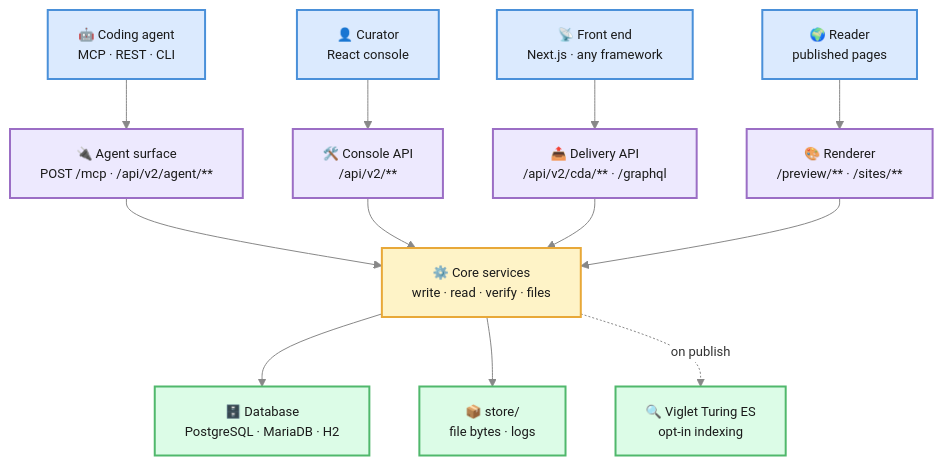
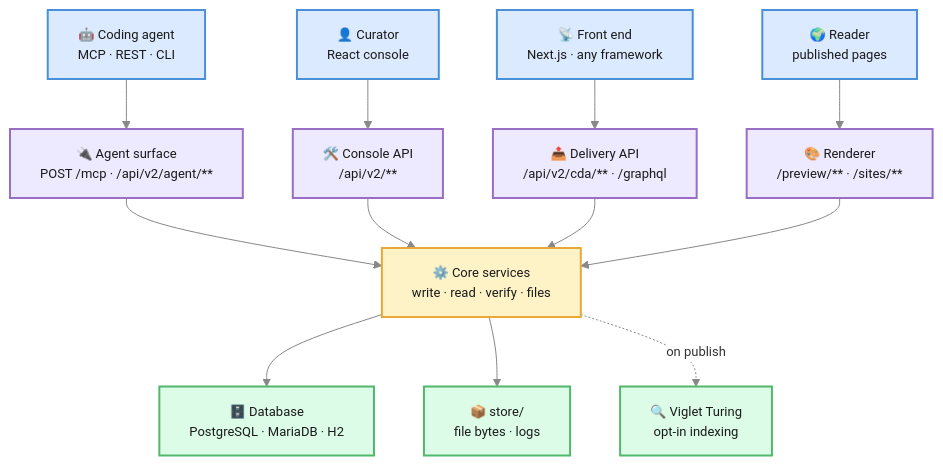
One commit to openviglet/docs changed the diagram in diagrams/shio-architecture.mmd. Above: the diagram before and after it, drawn with Mermaid. The commit also changed 157 other files, not shown here.

```diff
--- a/diagrams/shio-architecture.mmd
+++ b/diagrams/shio-architecture.mmd
@@ -1,41 +1,41 @@
 %%{init: {'theme': 'base', 'themeVariables': {'fontSize': '13px', 'primaryColor': '#fff', 'primaryBorderColor': '#c0c0c0', 'lineColor': '#888', 'textColor': '#333'}}}%%
 graph TB
     AGENT["🤖 Coding agent\nMCP · REST · CLI"]
     CURATOR["👤 Curator\nReact console"]
     FRONTEND["📡 Front end\nNext.js · any framework"]
     READER["🌍 Reader\npublished pages"]
 
     AGENTAPI["🔌 Agent surface\nPOST /mcp · /api/v2/agent/**"]
     CONSOLEAPI["🛠️ Console API\n/api/v2/**"]
     CDA["📤 Delivery API\n/api/v2/cda/** · /graphql"]
     RENDER["🎨 Renderer\n/preview/** · /sites/**"]
 
     CORE["⚙️ Core services\nwrite · read · verify · files"]
 
     DB["🗄️ Database\nPostgreSQL · MariaDB · H2"]
     STORE["📦 store/\nfile bytes · logs"]
-    TURING["🔍 Viglet Turing ES\nopt-in indexing"]
+    TURING["🔍 Viglet Turing\nopt-in indexing"]
 
     AGENT --> AGENTAPI
     CURATOR --> CONSOLEAPI
     FRONTEND --> CDA
     READER --> RENDER
 
     AGENTAPI --> CORE
     CONSOLEAPI --> CORE
     CDA --> CORE
     RENDER --> CORE
 
     CORE --> DB
     CORE --> STORE
     CORE -. on publish .-> TURING
 
     classDef blue fill:#dbeafe,stroke:#4A90D9,stroke-width:2px,color:#1a1a1a
     classDef green fill:#dcfce7,stroke:#50B86C,stroke-width:2px,color:#1a1a1a
     classDef purple fill:#ede9fe,stroke:#9B6EC5,stroke-width:2px,color:#1a1a1a
     classDef amber fill:#fef3c7,stroke:#E8A838,stroke-width:2px,color:#1a1a1a
 
     class AGENT,CURATOR,FRONTEND,READER blue
     class AGENTAPI,CONSOLEAPI,CDA,RENDER purple
     class CORE amber
     class DB,STORE,TURING green
```
